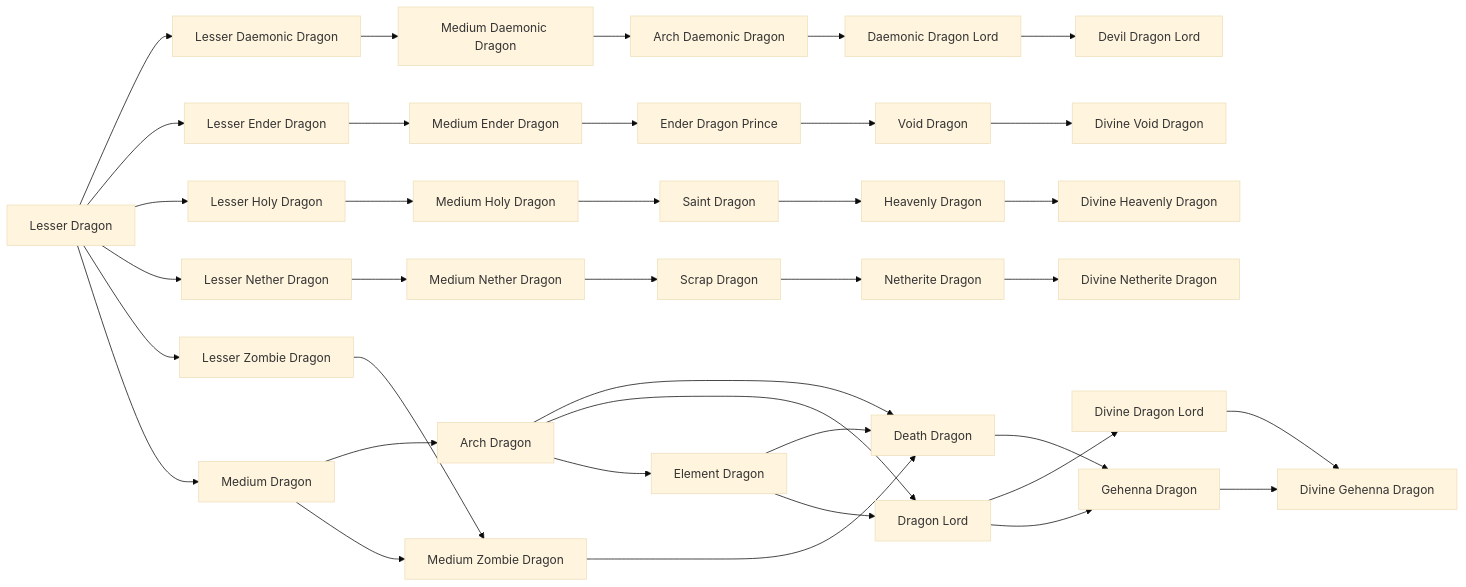
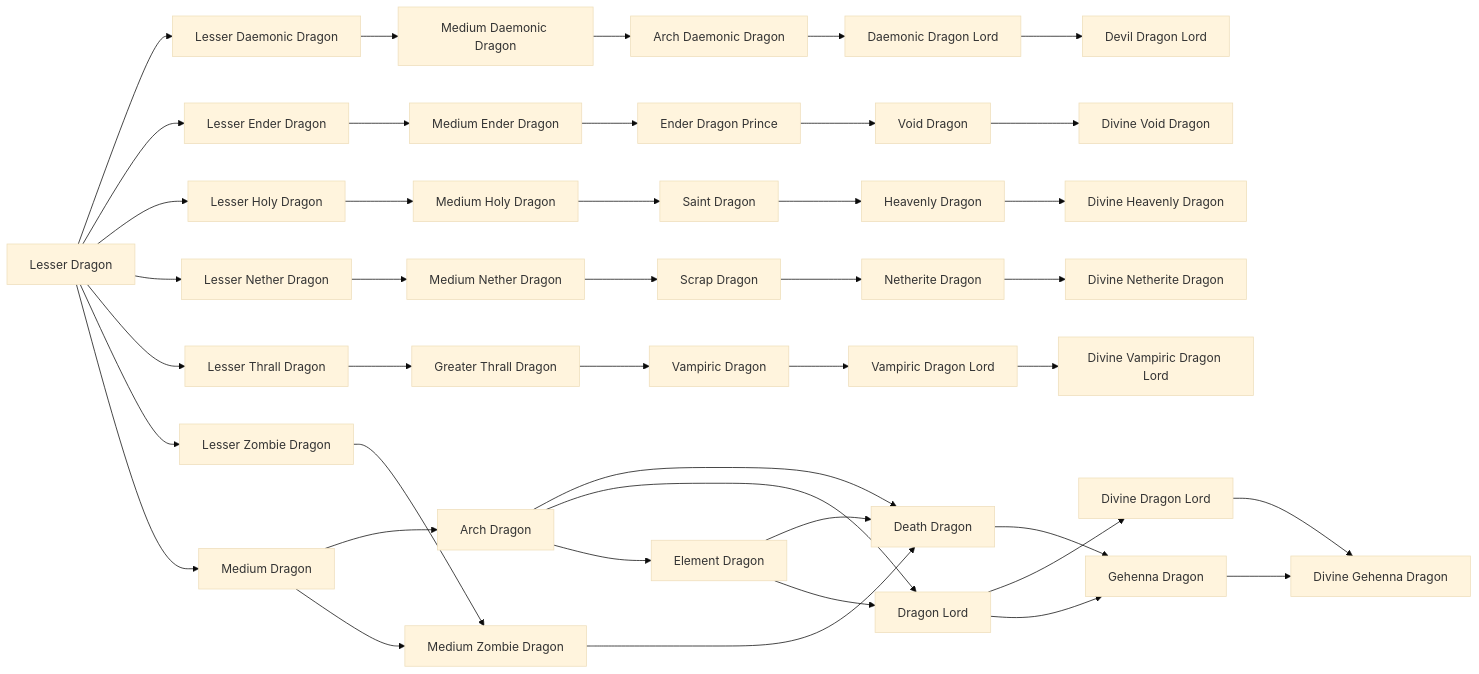
One commit to Proteus-Nell/Adams-Batch-MC-Modpack-Wiki changed the diagram in docs/tr-nightmares/races/arch-daemonic-dragon.md. Above: the diagram before and after it, drawn with Mermaid (base theme). The commit also changed other lines of this file and 484 other files, not shown here.

````diff
--- a/docs/tr-nightmares/races/arch-daemonic-dragon.md
+++ b/docs/tr-nightmares/races/arch-daemonic-dragon.md
@@ -39,70 +41,80 @@
 ```mermaid
 flowchart LR
   r0["Arch Daemonic Dragon"]
   r1["Arch Dragon"]
   r2["Daemonic Dragon Lord"]
   r3["Death Dragon"]
   r4["Devil Dragon Lord"]
   r5["Divine Dragon Lord"]
   r6["Divine Gehenna Dragon"]
   r7["Divine Heavenly Dragon"]
   r8["Divine Netherite Dragon"]
-  r9["Divine Void Dragon"]
-  r10["Dragon Lord"]
-  r11["Element Dragon"]
-  r12["Ender Dragon Prince"]
-  r13["Gehenna Dragon"]
-  r14["Heavenly Dragon"]
-  r15["Lesser Daemonic Dragon"]
-  r16["Lesser Dragon"]
-  r17["Lesser Ender Dragon"]
-  r18["Lesser Holy Dragon"]
-  r19["Lesser Nether Dragon"]
-  r20["Lesser Zombie Dragon"]
-  r21["Medium Daemonic Dragon"]
-  r22["Medium Dragon"]
-  r23["Medium Ender Dragon"]
-  r24["Medium Holy Dragon"]
-  r25["Medium Nether Dragon"]
-  r26["Medium Zombie Dragon"]
-  r27["Netherite Dragon"]
-  r28["Saint Dragon"]
-  r29["Scrap Dragon"]
-  r30["Void Dragon"]
+  r9["Divine Vampiric Dragon Lord"]
+  r10["Divine Void Dragon"]
+  r11["Dragon Lord"]
+  r12["Element Dragon"]
+  r13["Ender Dragon Prince"]
+  r14["Gehenna Dragon"]
+  r15["Greater Thrall Dragon"]
+  r16["Heavenly Dragon"]
+  r17["Lesser Daemonic Dragon"]
+  r18["Lesser Dragon"]
+  r19["Lesser Ender Dragon"]
+  r20["Lesser Holy Dragon"]
+  r21["Lesser Nether Dragon"]
+  r22["Lesser Thrall Dragon"]
+  r23["Lesser Zombie Dragon"]
+  r24["Medium Daemonic Dragon"]
+  r25["Medium Dragon"]
+  r26["Medium Ender Dragon"]
+  r27["Medium Holy Dragon"]
+  r28["Medium Nether Dragon"]
+  r29["Medium Zombie Dragon"]
+  r30["Netherite Dragon"]
+  r31["Saint Dragon"]
+  r32["Scrap Dragon"]
+  r33["Vampiric Dragon"]
+  r34["Vampiric Dragon Lord"]
+  r35["Void Dragon"]
   r0 --> r2
   r1 --> r3
-  r1 --> r10
   r1 --> r11
+  r1 --> r12
   r2 --> r4
-  r3 --> r13
+  r3 --> r14
   r5 --> r6
-  r10 --> r5
-  r10 --> r13
-  r11 --> r3
-  r11 --> r10
-  r12 --> r30
-  r13 --> r6
-  r14 --> r7
-  r15 --> r21
-  r16 --> r15
-  r16 --> r17
-  r16 --> r18
-  r16 --> r19
-  r16 --> r20
-  r16 --> r22
-  r17 --> r23
-  r18 --> r24
-  r19 --> r25
-  r20 --> r26
-  r21 --> r0
-  r22 --> r1
-  r22 --> r26
-  r23 --> r12
-  r24 --> r28
+  r11 --> r5
+  r11 --> r14
+  r12 --> r3
+  r12 --> r11
+  r13 --> r35
+  r14 --> r6
+  r15 --> r33
+  r16 --> r7
+  r17 --> r24
+  r18 --> r17
+  r18 --> r19
+  r18 --> r20
+  r18 --> r21
+  r18 --> r22
+  r18 --> r23
+  r18 --> r25
+  r19 --> r26
+  r20 --> r27
+  r21 --> r28
+  r22 --> r15
+  r23 --> r29
+  r24 --> r0
+  r25 --> r1
   r25 --> r29
-  r26 --> r3
-  r27 --> r8
-  r28 --> r14
-  r29 --> r27
-  r30 --> r9
+  r26 --> r13
+  r27 --> r31
+  r28 --> r32
+  r29 --> r3
+  r30 --> r8
+  r31 --> r16
+  r32 --> r30
+  r33 --> r34
+  r34 --> r9
+  r35 --> r10
 ```
````
